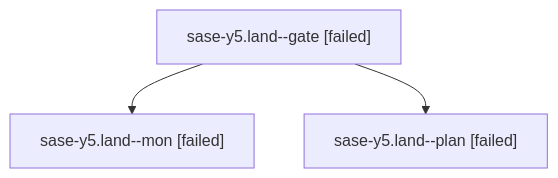
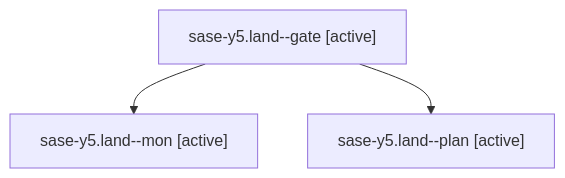
The diagram in families/bbugyi200.athena.sase-y5.land.md (sase-org/sase--agents), drawn with Mermaid before and after one commit. The commit also changed other lines of this file and 35830 other files, not shown here.

````diff
--- a/families/bbugyi200.athena.sase-y5.land.md
+++ b/families/bbugyi200.athena.sase-y5.land.md
@@ -9,8 +9,8 @@
 ```mermaid
 flowchart TD
-  n0["sase-y5.land--gate [failed]"]
-  n1["sase-y5.land--mon [failed]"]
+  n0["sase-y5.land--gate [active]"]
+  n1["sase-y5.land--mon [active]"]
   n0 --> n1
-  n2["sase-y5.land--plan [failed]"]
+  n2["sase-y5.land--plan [active]"]
   n0 --> n2
 ```
````
